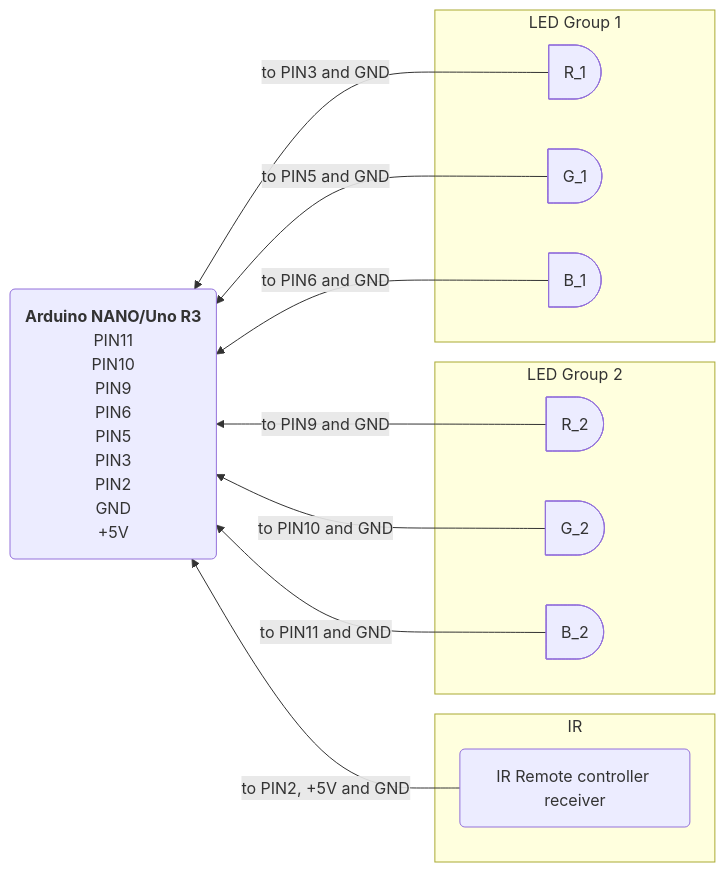
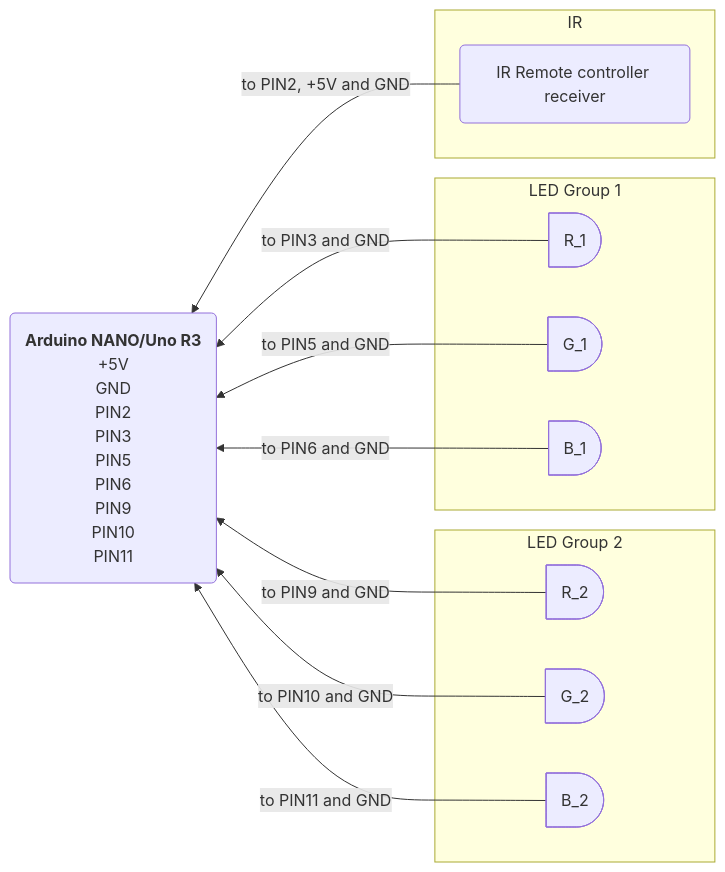
The diagram in README.md (upkeihas/nano-kontroller), drawn with Mermaid before and after one commit. The commit also changed 5 other files, not shown here.

````diff
--- a/README.md
+++ b/README.md
@@ -21,34 +21,34 @@
 ```mermaid
 flowchart RL
     Arduino(<b>Arduino NANO/Uno R3</b>
-            PIN11
+            +5V
+            GND
+            PIN2
+            PIN3
+            PIN5
+            PIN6
+            PIN9
             PIN10
-            PIN9
-            PIN6
-            PIN5
-            PIN3
-            PIN2
-            GND
-            +5V)
+            PIN11)
     subgraph LED Group 1
     R_1@{ shape: delay, label: "R_1"}
     G_1@{ shape: delay, label: "G_1"}
     B_1@{ shape: delay, label: "B_1"}
     end
     subgraph LED Group 2
     R_2@{ shape: delay, label: "R_2"}
     G_2@{ shape: delay, label: "G_2"}
     B_2@{ shape: delay, label: "B_2"}
     end
     subgraph IR
     IRreceiver(IR Remote controller receiver)
     end
 
+    IRreceiver -- "to PIN2, +5V and GND" --> Arduino
     R_1 -- "to PIN3 and GND" --> Arduino
     G_1 -- "to PIN5 and GND" --> Arduino
     B_1 -- "to PIN6 and GND" --> Arduino
     R_2 -- "to PIN9 and GND" --> Arduino
     G_2 -- "to PIN10 and GND" --> Arduino
     B_2 -- "to PIN11 and GND" --> Arduino
-    IRreceiver -- "to PIN2, +5V and GND" --> Arduino
 ```
````
